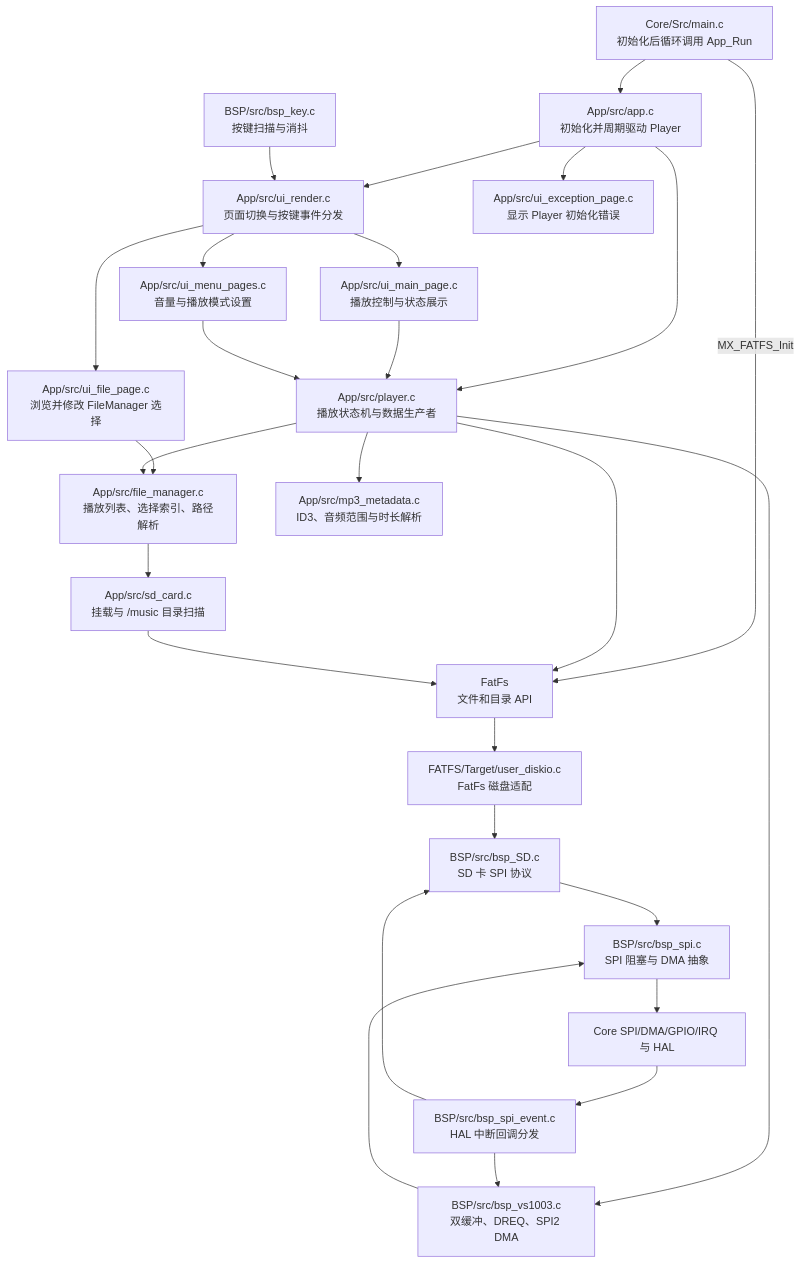
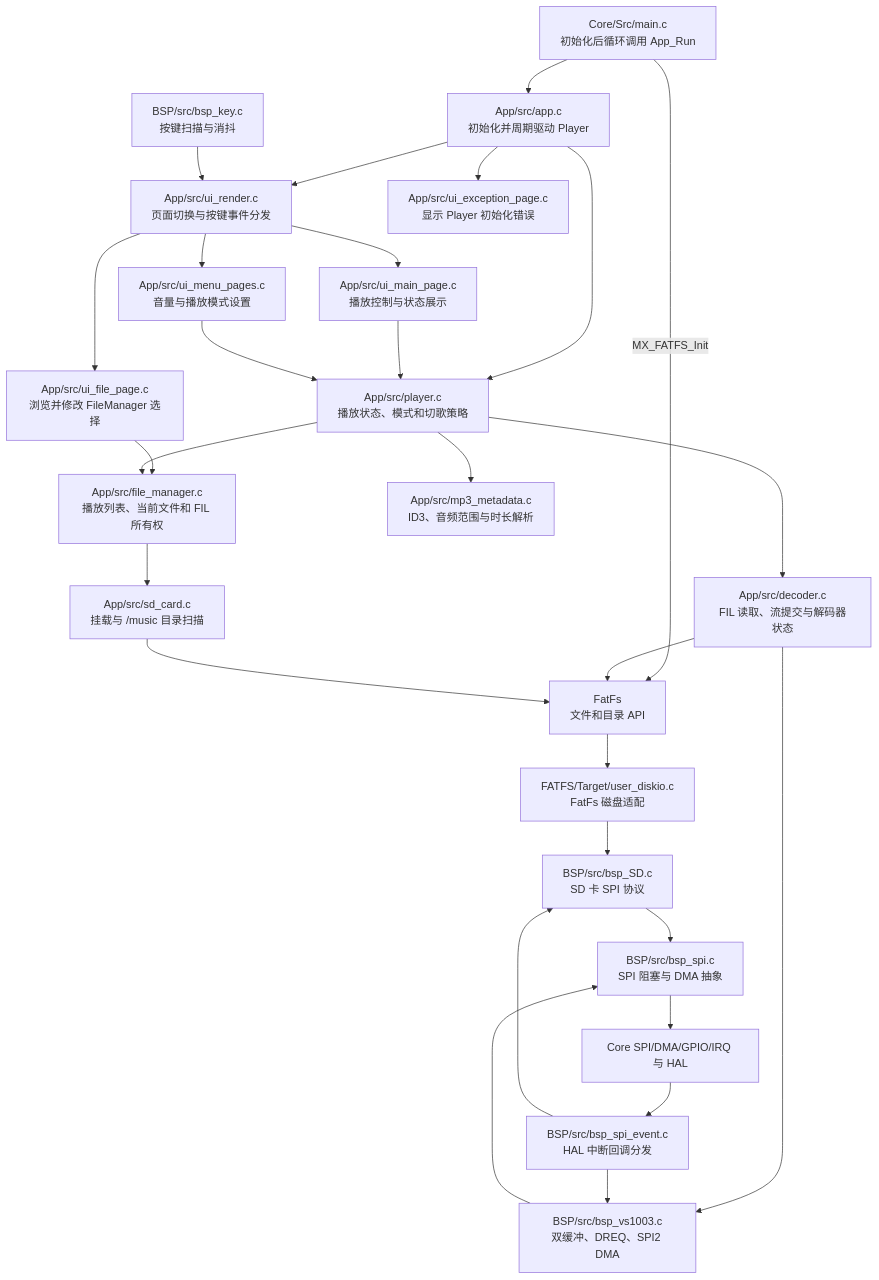
One commit to leejkee/MiniAudioPlayerST changed the first of 3 diagrams in docs/player.md. Above: the diagram before and after it, drawn with Mermaid. The commit also changed other lines of this file and 9 other files, not shown here.

````diff
--- a/docs/player.md
+++ b/docs/player.md
@@ -17,49 +17,51 @@
 ```mermaid
 flowchart TB
     MAIN["Core/Src/main.c<br/>初始化后循环调用 App_Run"]
     APP["App/src/app.c<br/>初始化并周期驱动 Player"]
     UI_RENDER["App/src/ui_render.c<br/>页面切换与按键事件分发"]
     UI_MAIN["App/src/ui_main_page.c<br/>播放控制与状态展示"]
     UI_MENU["App/src/ui_menu_pages.c<br/>音量与播放模式设置"]
     UI_FILE["App/src/ui_file_page.c<br/>浏览并修改 FileManager 选择"]
     UI_ERROR["App/src/ui_exception_page.c<br/>显示 Player 初始化错误"]
-    PLAYER["App/src/player.c<br/>播放状态机与数据生产者"]
-    FILE_MANAGER["App/src/file_manager.c<br/>播放列表、选择索引、路径解析"]
+    PLAYER["App/src/player.c<br/>播放状态、模式和切歌策略"]
+    DECODER["App/src/decoder.c<br/>FIL 读取、流提交与解码器状态"]
+    FILE_MANAGER["App/src/file_manager.c<br/>播放列表、当前文件和 FIL 所有权"]
     METADATA["App/src/mp3_metadata.c<br/>ID3、音频范围与时长解析"]
     SD_CARD["App/src/sd_card.c<br/>挂载与 /music 目录扫描"]
     FATFS["FatFs<br/>文件和目录 API"]
     DISKIO["FATFS/Target/user_diskio.c<br/>FatFs 磁盘适配"]
     BSP_SD["BSP/src/bsp_SD.c<br/>SD 卡 SPI 协议"]
     BSP_VS["BSP/src/bsp_vs1003.c<br/>双缓冲、DREQ、SPI2 DMA"]
     SPI_EVENT["BSP/src/bsp_spi_event.c<br/>HAL 中断回调分发"]
     BSP_KEY["BSP/src/bsp_key.c<br/>按键扫描与消抖"]
     BSP_SPI["BSP/src/bsp_spi.c<br/>SPI 阻塞与 DMA 抽象"]
     CORE_HW["Core SPI/DMA/GPIO/IRQ 与 HAL"]
 
     MAIN --> APP
     MAIN -->|"MX_FATFS_Init"| FATFS
     APP --> PLAYER
     APP --> UI_RENDER
     APP --> UI_ERROR
     BSP_KEY --> UI_RENDER
     UI_RENDER --> UI_MAIN
     UI_RENDER --> UI_MENU
     UI_RENDER --> UI_FILE
     UI_MAIN --> PLAYER
     UI_MENU --> PLAYER
     UI_FILE --> FILE_MANAGER
     PLAYER --> FILE_MANAGER
     PLAYER --> METADATA
-    PLAYER --> FATFS
-    PLAYER --> BSP_VS
+    PLAYER --> DECODER
+    DECODER --> FATFS
+    DECODER --> BSP_VS
     FILE_MANAGER --> SD_CARD
     SD_CARD --> FATFS
     FATFS --> DISKIO
     DISKIO --> BSP_SD
     BSP_SD --> BSP_SPI
     BSP_VS --> BSP_SPI
     CORE_HW --> SPI_EVENT
     SPI_EVENT --> BSP_SD
     SPI_EVENT --> BSP_VS
     BSP_SPI --> CORE_HW
 ```
````
